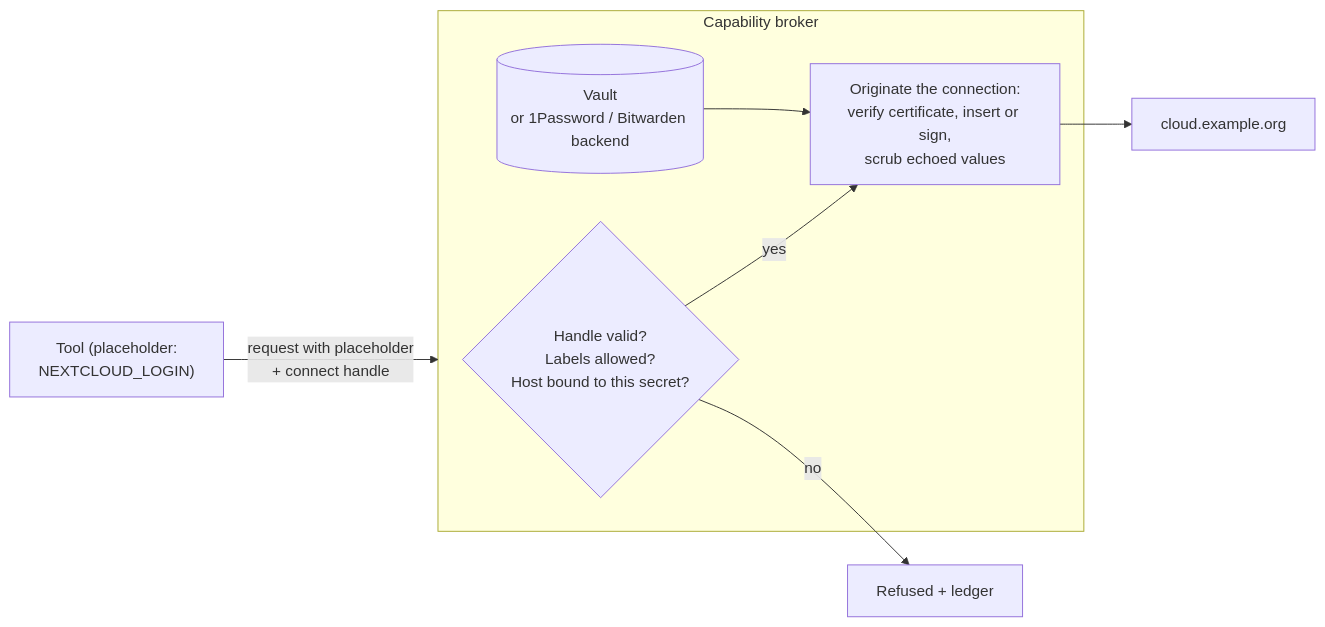
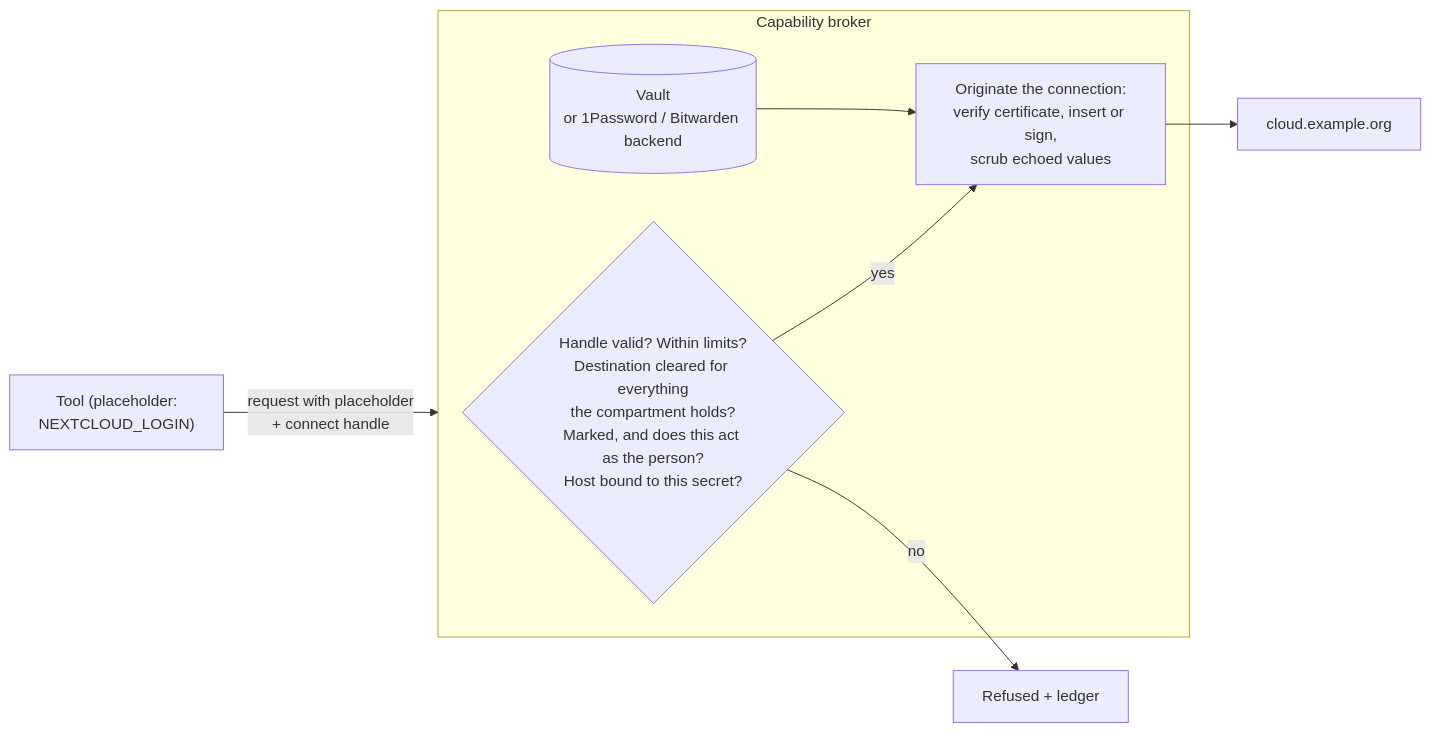
One commit to crowbaros/crowbaros changed the seventh of 7 diagrams in docs/agent-first/design/capability-model.md. Above: the diagram before and after it, drawn with Mermaid. The commit also changed other lines of this file and 25 other files, not shown here.

````diff
--- a/docs/agent-first/design/capability-model.md
+++ b/docs/agent-first/design/capability-model.md
@@ -240,13 +727,13 @@
 ```mermaid
 flowchart LR
     T["Tool (placeholder:<br/>NEXTCLOUD_LOGIN)"] -->|"request with placeholder<br/>+ connect handle"| BR
     subgraph BR["Capability broker"]
-        CHK{"Handle valid?<br/>Labels allowed?<br/>Host bound to this secret?"}
+        CHK{"Handle valid? Within limits?<br/>Destination cleared for everything<br/>the compartment holds?<br/>Marked, and does this act as the person?<br/>Host bound to this secret?"}
         V[("Vault<br/>or 1Password / Bitwarden backend")]
         CON["Originate the connection:<br/>verify certificate, insert or sign,<br/>scrub echoed values"]
         CHK -- yes --> CON
         V --> CON
     end
     CHK -- no --> X[Refused + ledger]
     CON --> S[cloud.example.org]
 ```
````
